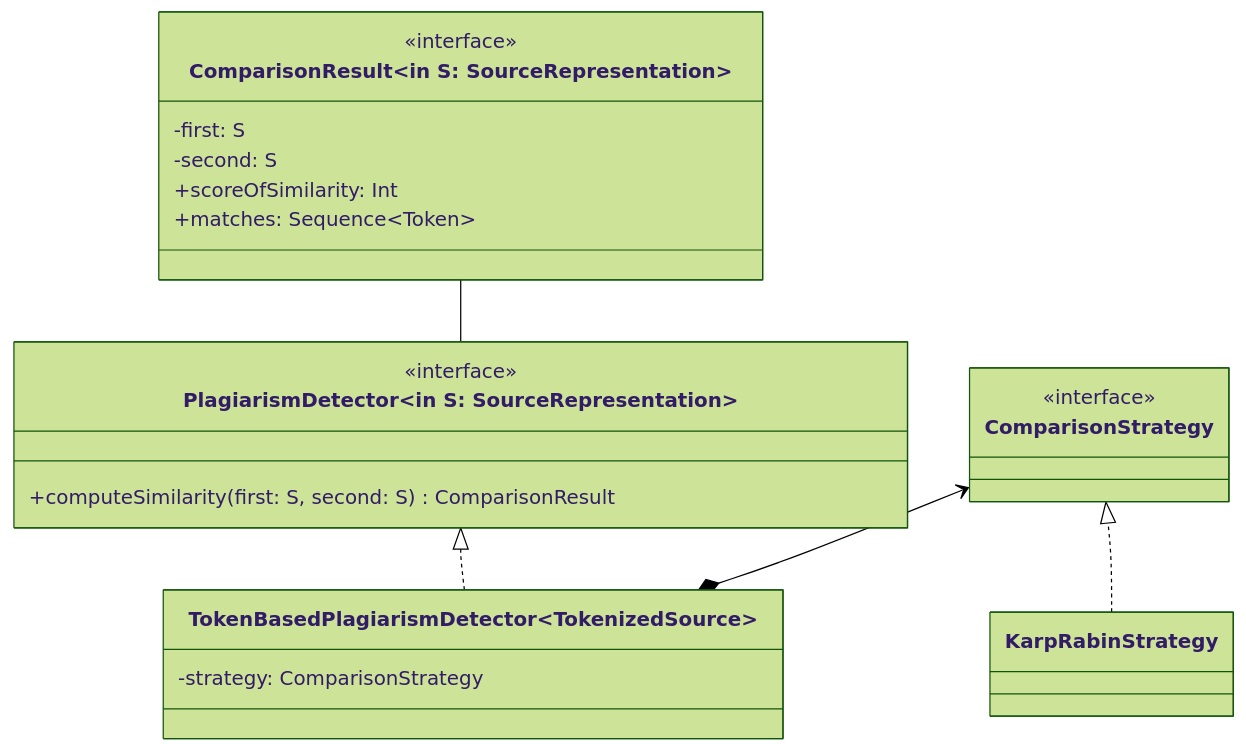
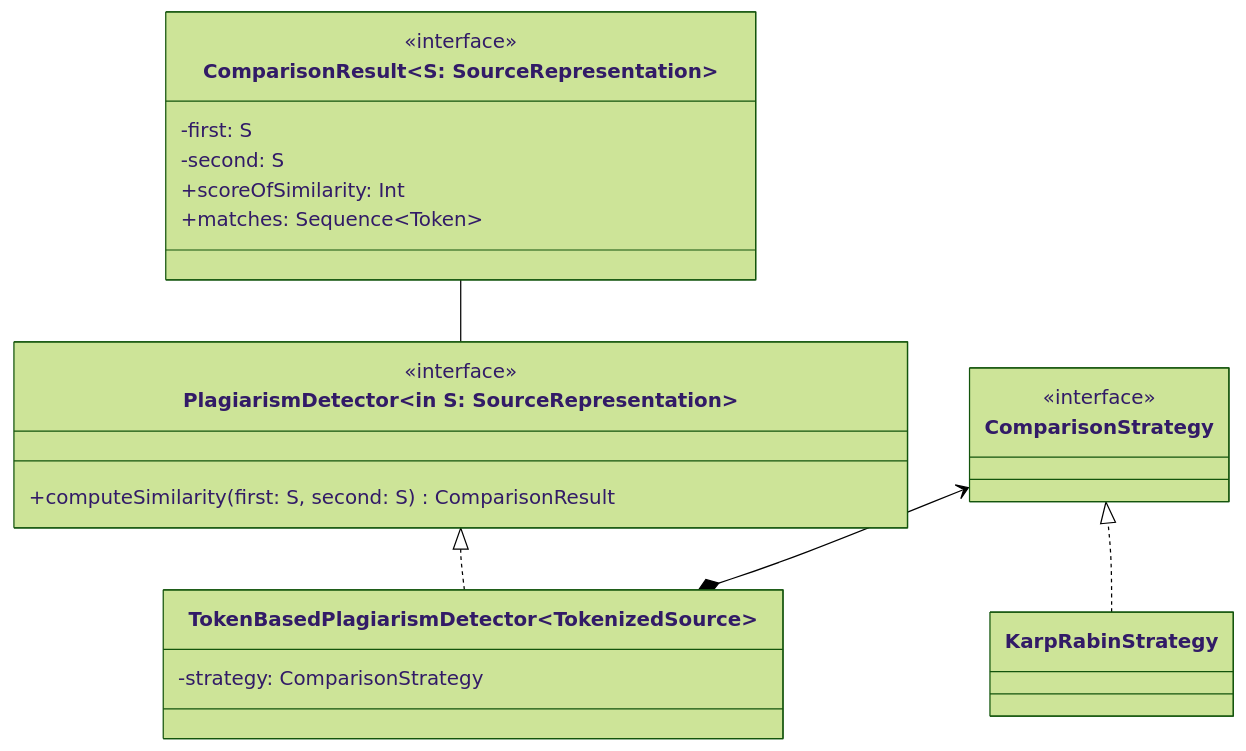
The tenth of 12 diagrams in doc.md (tassiLuca/code-plagiarism-detector-doc), drawn with Mermaid (forest theme) before and after one commit.

````diff
--- a/doc.md
+++ b/doc.md
@@ -381,30 +381,30 @@
 ```mermaid 
 classDiagram
     direction BT
     class PlagiarismDetector~in S: SourceRepresentation~ {
         <<interface>>
         +computeSimilarity(first: S, second: S) ComparisonResult
     }
 
-    class ComparisonResult~in S: SourceRepresentation~ {
+    class ComparisonResult~S: SourceRepresentation~ {
         <<interface>>
         -first: S
         -second: S
         +scoreOfSimilarity: Int
         +matches: Sequence~Token~
     }
     PlagiarismDetector -- ComparisonResult
 
     class TokenBasedPlagiarismDetector~TokenizedSource~ {
         -strategy: ComparisonStrategy
     }
     TokenBasedPlagiarismDetector ..|> PlagiarismDetector
 
     class ComparisonStrategy {
         <<interface>>
     }
     TokenBasedPlagiarismDetector *--> ComparisonStrategy
 
     class KarpRabinStrategy 
     KarpRabinStrategy ..|> ComparisonStrategy
 ```
````
